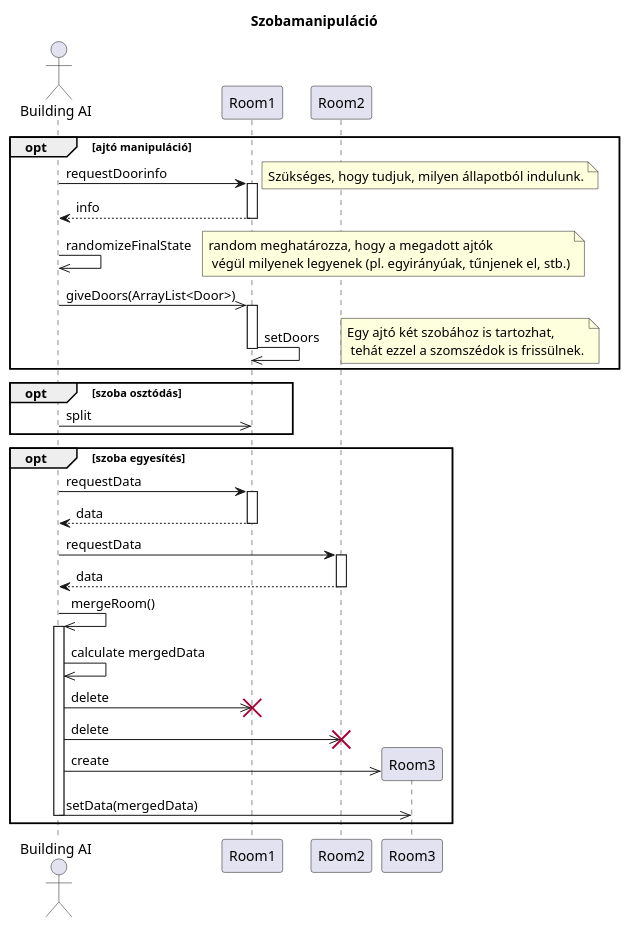
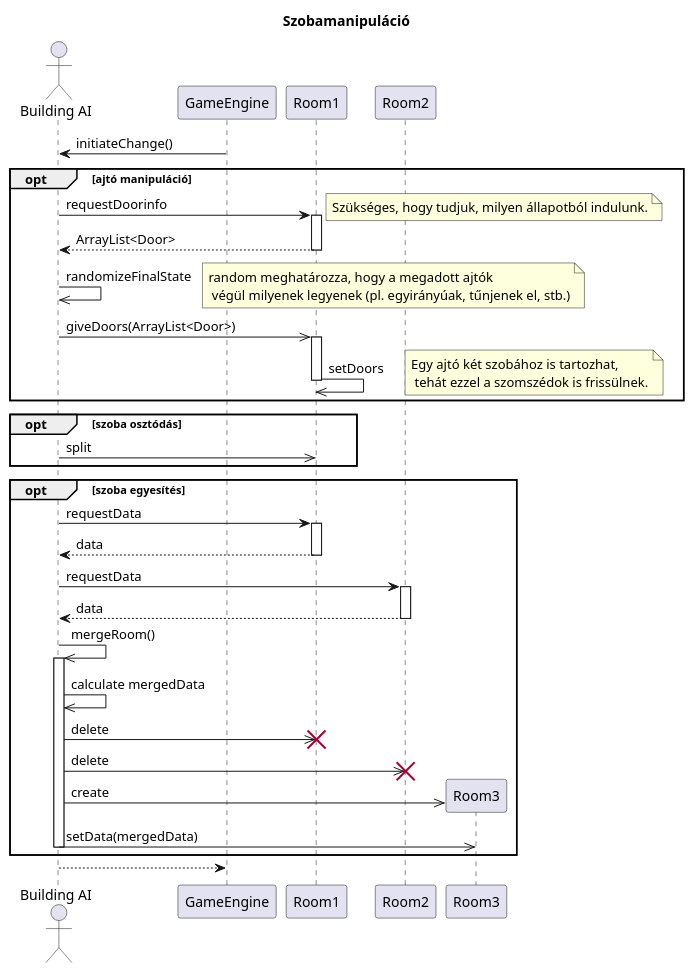
The diagram in diagramms/src/building_change.puml (kipolaris/skyrimscriptsuttogok), drawn with PlantUML before and after one commit. The commit also changed 3 other files, not shown here.

Commit message:
started fixing diagrams

```diff
--- a/diagramms/src/building_change.puml
+++ b/diagramms/src/building_change.puml
@@ -1,51 +1,53 @@
 @startuml building_change
 
 title Szobamanipuláció
 
 actor "Building AI" as ai
+Participant GameEngine as g
 Participant Room1 as sz
 Participant Room2 as sz2
 Participant Room3 as sz3
 
+g->ai : initiateChange()
 opt ajtó manipuláció
-
     ai->sz ++: requestDoorinfo
     note right: Szükséges, hogy tudjuk, milyen állapotból indulunk.
-    return info
+    return ArrayList<Door>
 
     ai->>ai : randomizeFinalState
     note right: random meghatározza, hogy a megadott ajtók \n végül milyenek legyenek (pl. egyirányúak, tűnjenek el, stb.)
 
     ai->>sz : giveDoors(ArrayList<Door>)
     activate sz
 
     sz->>sz : setDoors
     deactivate sz
     note right : Egy ajtó két szobához is tartozhat,\n tehát ezzel a szomszédok is frissülnek.
 
 end
 
 opt szoba osztódás
 
     ai->>sz : split
 
 end
 
 opt szoba egyesítés
 
     ai->sz ++: requestData
     return data
     ai->sz2 ++: requestData
     return data
 
     ai->>ai ++: mergeRoom()
     ai->>ai : calculate mergedData
     ai->>sz !!: delete
     ai->>sz2 !!: delete
     ai->>sz3 **: create
     ai->>sz3 : setData(mergedData)
     deactivate ai
 
 end
+ai-->g
 
 @enduml
```
